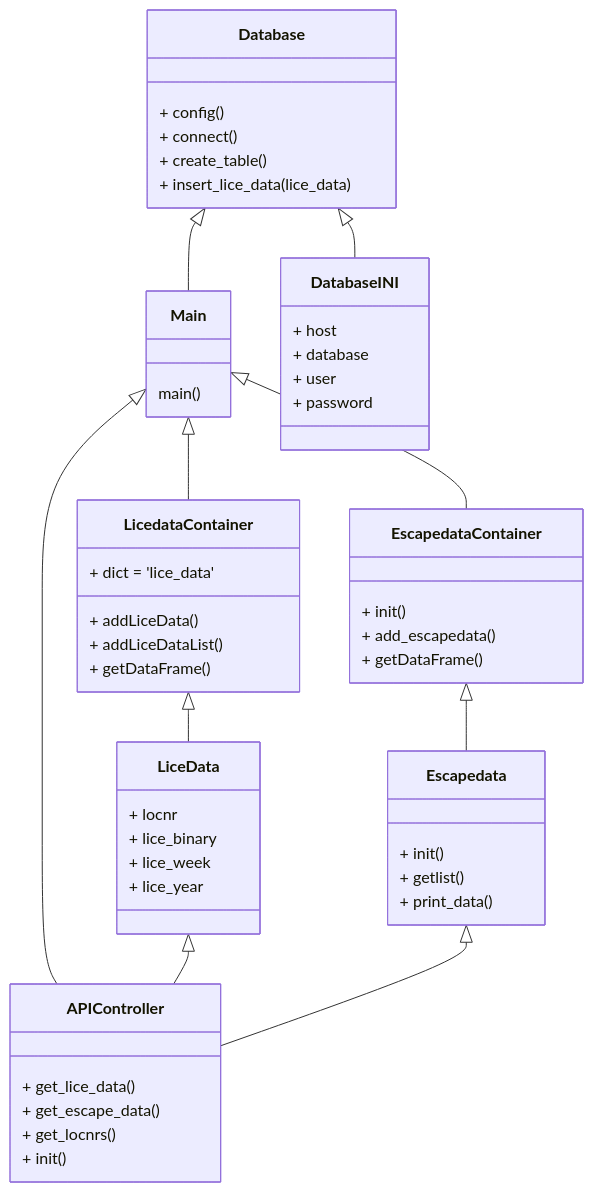
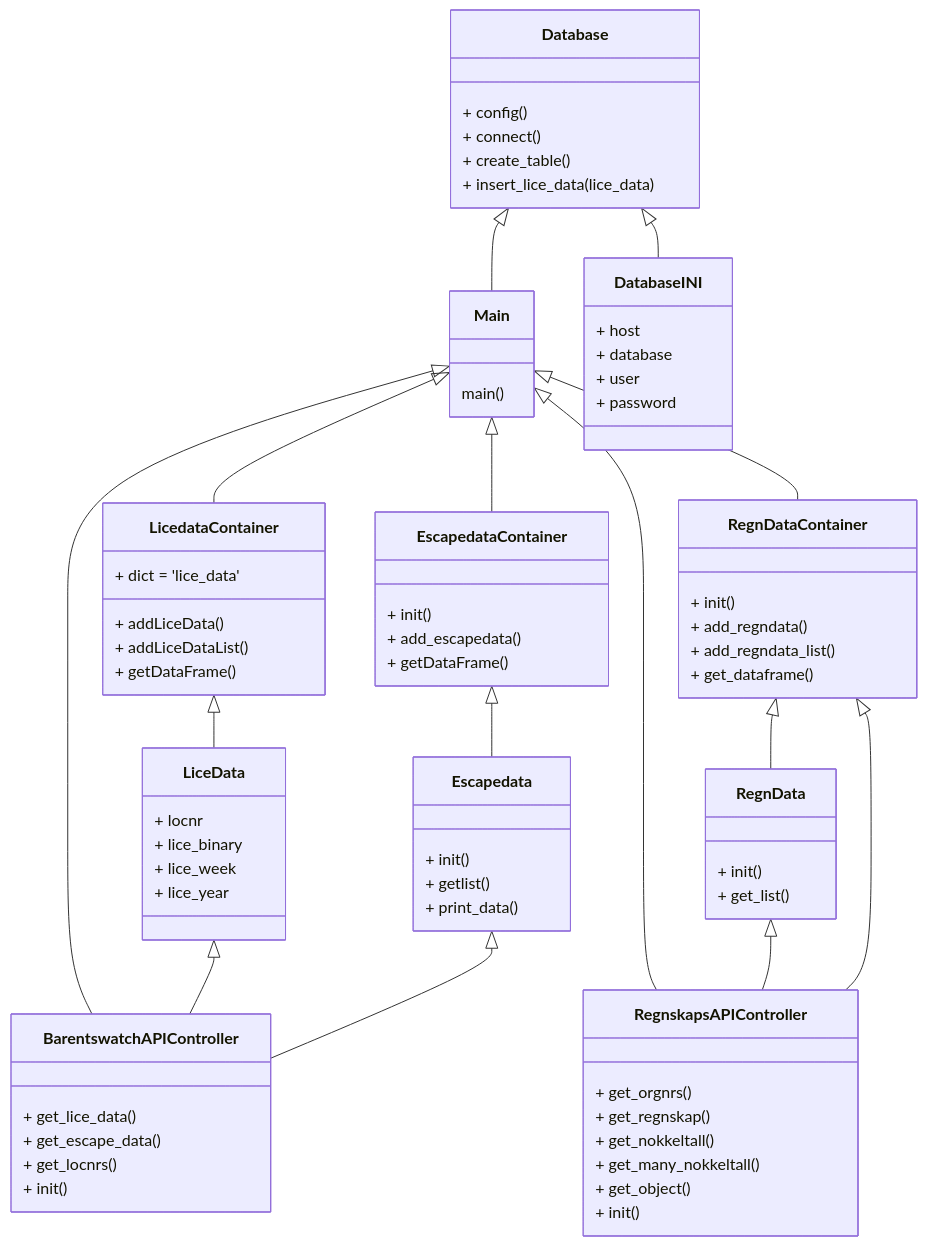
The diagram in Documentation/class_diagram.md (brreg/sommercamp2022), drawn with Mermaid before and after one commit.

Commit message:
Fix class diagram with new classes
Added classes for regnskapsapi to class diagram

````diff
--- a/Documentation/class_diagram.md
+++ b/Documentation/class_diagram.md
@@ -1,27 +1,44 @@
 ```mermaid
 classDiagram
 
-    Main <|-- APIController
+    Main <|-- BarentswatchAPIController
+    Main <|-- RegnskapsAPIController
+    Main <|-- RegnDataContainer
+    RegnDataContainer <|-- RegnData
     Database <|-- Main
 	Database <|-- DatabaseINI
-	LiceData <|-- APIController
-	Escapedata <|-- APIController
+	LiceData <|-- BarentswatchAPIController
+	Escapedata <|-- BarentswatchAPIController
 	Main <|-- LicedataContainer
 	LicedataContainer <|-- LiceData
 	EscapedataContainer <|-- Escapedata
 	Main <|-- EscapedataContainer
+	RegnData <|-- RegnskapsAPIController
+	RegnDataContainer <|-- RegnskapsAPIController
+	
     
 	
 	class Main {
           main()
     }
 
-    class APIController {
+    class BarentswatchAPIController {
       + get_lice_data()
 	  + get_escape_data()
 	  + get_locnrs()
 	  + init()
     }
+
+    class RegnskapsAPIController {
+      + get_orgnrs()
+	  + get_regnskap()
+	  + get_nokkeltall()
+	  + get_many_nokkeltall()
+	  + get_object()
+	  + init()
+    }
+
+
 
     class Database {
       + config()
@@ -59,6 +76,17 @@
 	  + print_data()
 	  
     }
+	class RegnData {
+      + init()
+	  + get_list()
+    }
+    
+    class RegnDataContainer {
+      + init()
+	  + add_regndata()
+	  + add_regndata_list()
+	  + get_dataframe()
+    }
 	
 	class EscapedataContainer {
       + init()
````
